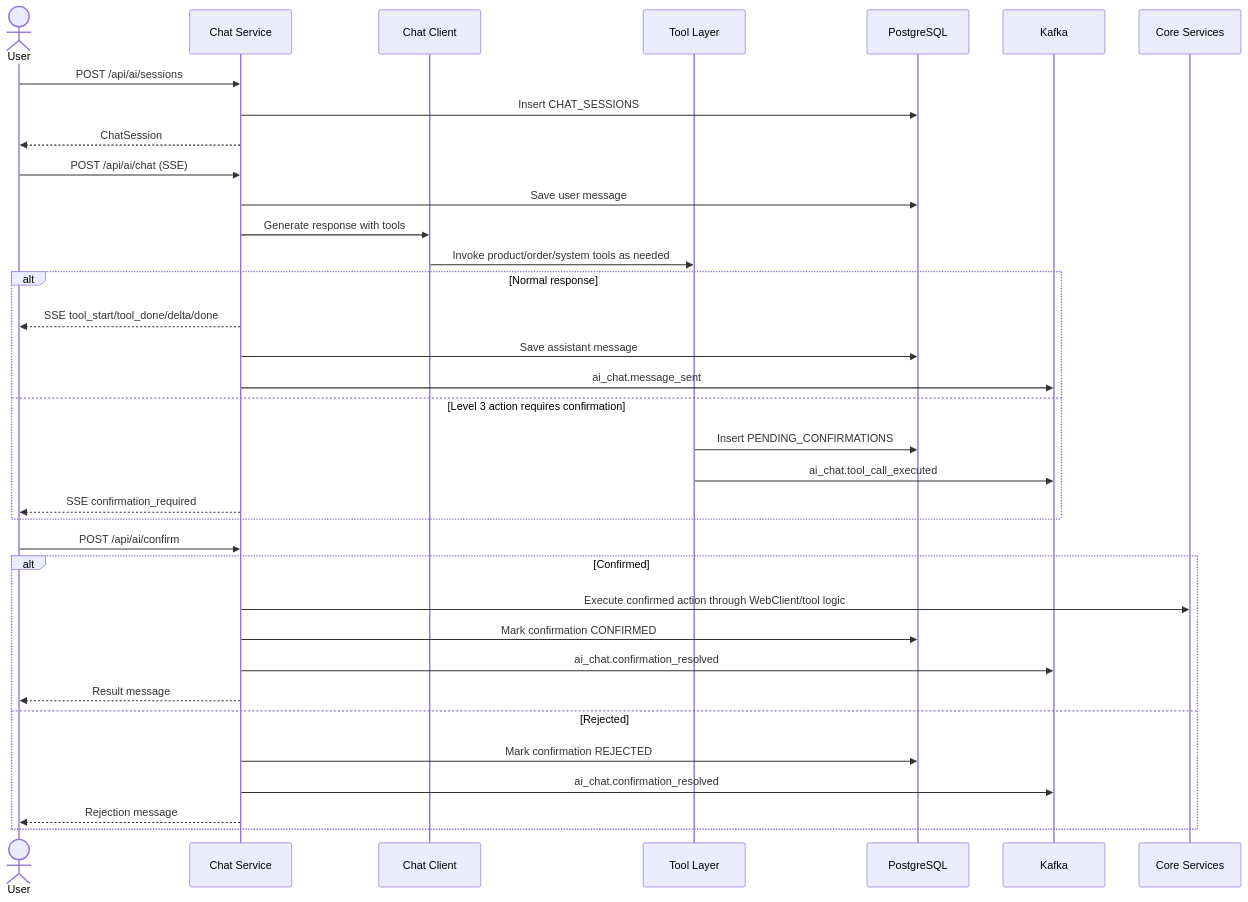
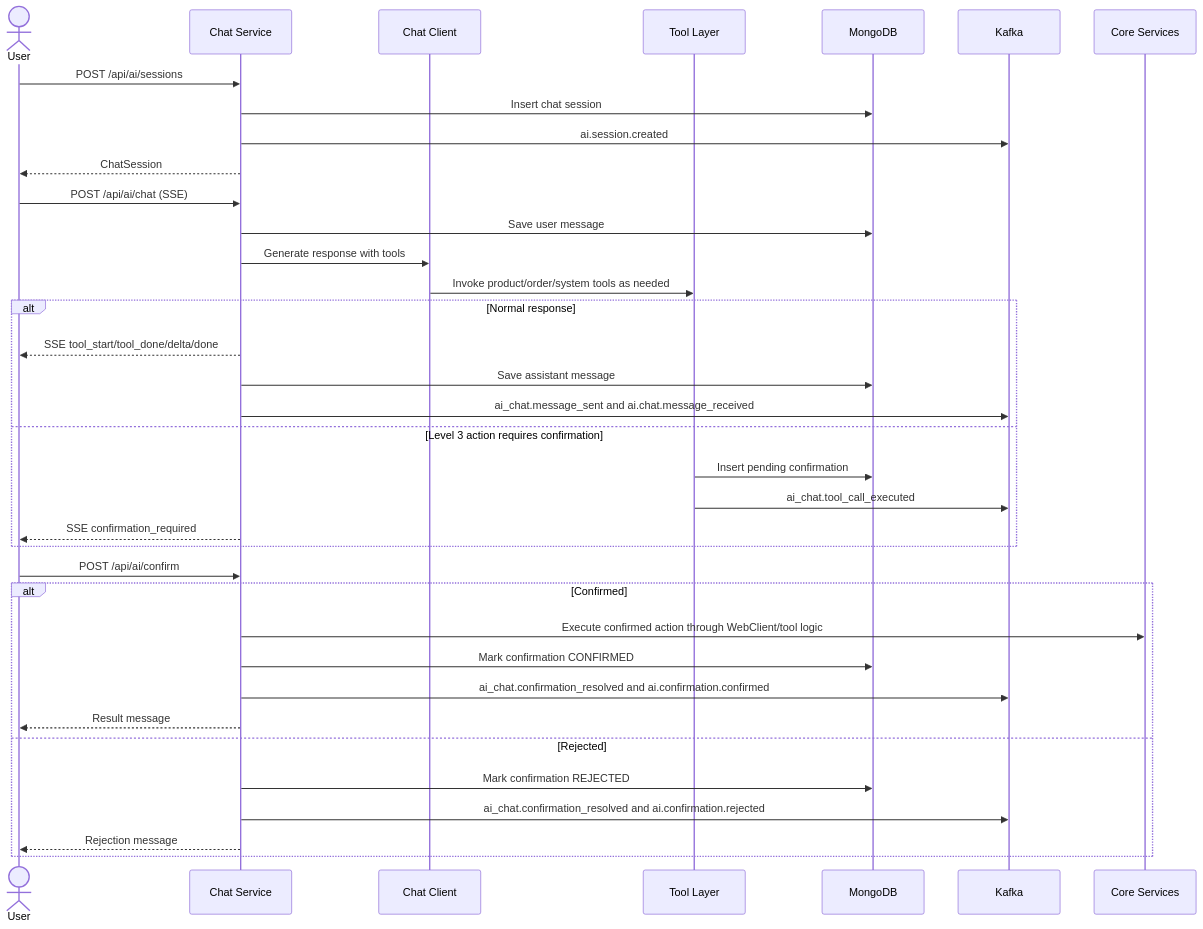
Before and after one commit to ldqanh1408/stealing-from-paradise: the diagram in documents/flows/ai-chat-service/flow-ai-chat-confirmation.md, drawn with Mermaid. The commit also changed other lines of this file and 324 other files, not shown here.

````diff
--- a/documents/flows/ai-chat-service/flow-ai-chat-confirmation.md
+++ b/documents/flows/ai-chat-service/flow-ai-chat-confirmation.md
@@ -14,40 +14,41 @@
 ```mermaid
 sequenceDiagram
     actor User
     participant Chat as Chat Service
     participant LLM as Chat Client
     participant Tools as Tool Layer
-    participant DB as PostgreSQL
+    participant DB as MongoDB
     participant Kafka as Kafka
     participant Core as Core Services
 
     User->>Chat: POST /api/ai/sessions
-    Chat->>DB: Insert CHAT_SESSIONS
+    Chat->>DB: Insert chat session
+    Chat->>Kafka: ai.session.created
     Chat-->>User: ChatSession
 
     User->>Chat: POST /api/ai/chat (SSE)
     Chat->>DB: Save user message
     Chat->>LLM: Generate response with tools
     LLM->>Tools: Invoke product/order/system tools as needed
     alt Normal response
         Chat-->>User: SSE tool_start/tool_done/delta/done
         Chat->>DB: Save assistant message
-        Chat->>Kafka: ai_chat.message_sent
+        Chat->>Kafka: ai_chat.message_sent and ai.chat.message_received
     else Level 3 action requires confirmation
-        Tools->>DB: Insert PENDING_CONFIRMATIONS
+        Tools->>DB: Insert pending confirmation
         Tools->>Kafka: ai_chat.tool_call_executed
         Chat-->>User: SSE confirmation_required
     end
 
     User->>Chat: POST /api/ai/confirm
     alt Confirmed
         Chat->>Core: Execute confirmed action through WebClient/tool logic
         Chat->>DB: Mark confirmation CONFIRMED
-        Chat->>Kafka: ai_chat.confirmation_resolved
+        Chat->>Kafka: ai_chat.confirmation_resolved and ai.confirmation.confirmed
         Chat-->>User: Result message
     else Rejected
         Chat->>DB: Mark confirmation REJECTED
-        Chat->>Kafka: ai_chat.confirmation_resolved
+        Chat->>Kafka: ai_chat.confirmation_resolved and ai.confirmation.rejected
         Chat-->>User: Rejection message
     end
 ```
````
